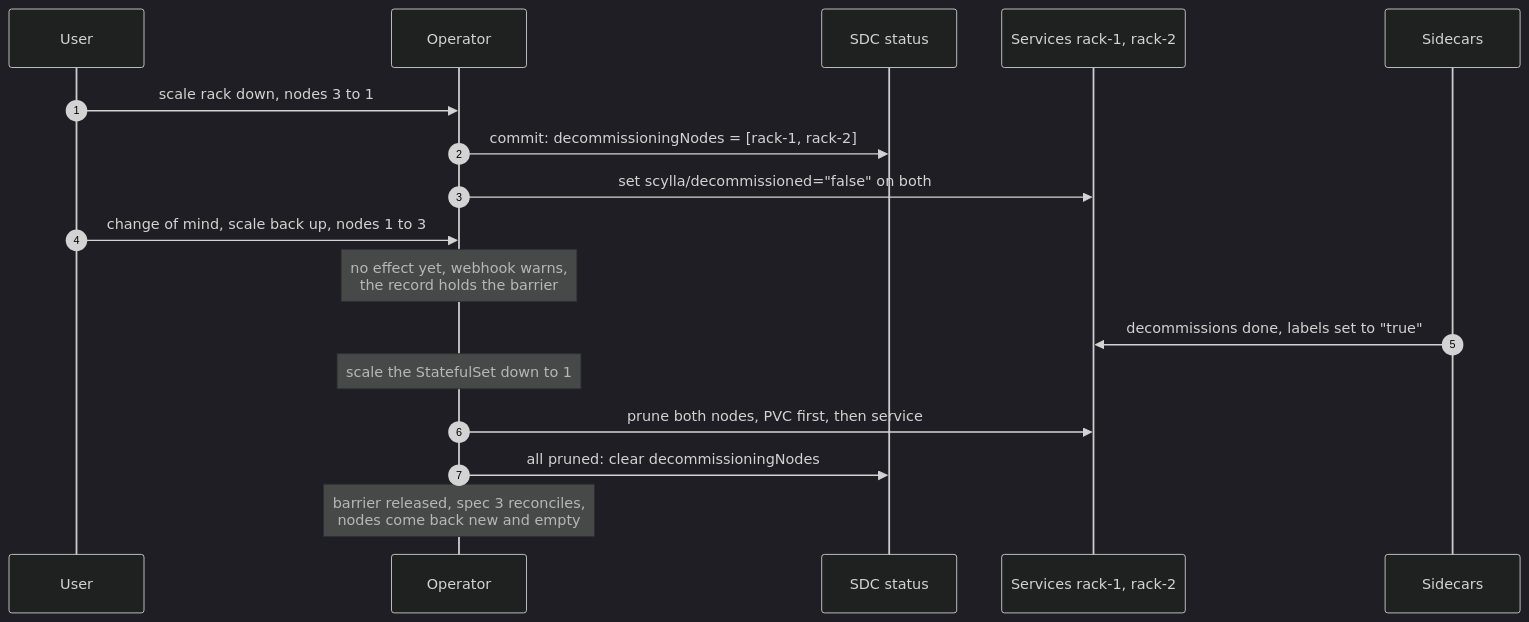
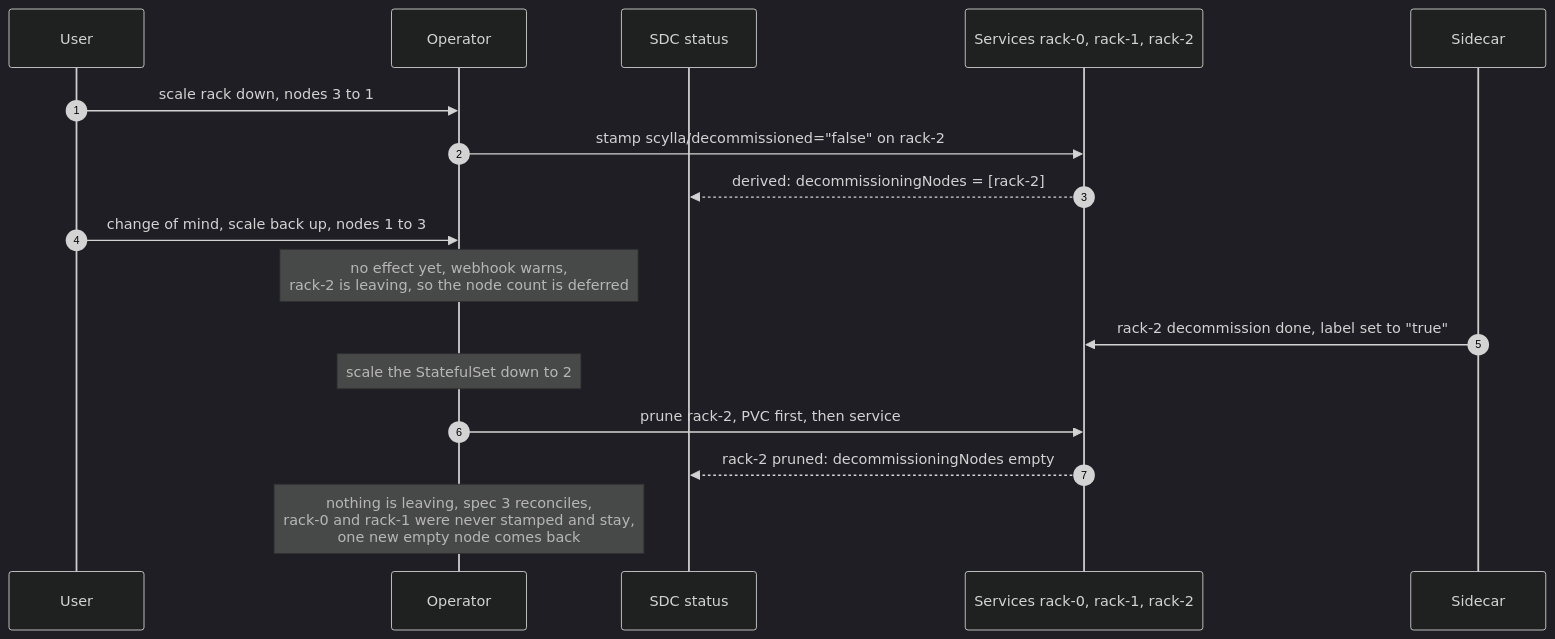
Before and after one commit to scylladb/scylla-operator: the second of 2 diagrams in enhancements/proposals/jira-327-node-count-changes-during-decommission/README.md, drawn with Mermaid (dark theme). The commit also changed other lines of this file, not shown here.

````diff
--- a/enhancements/proposals/jira-327-node-count-changes-during-decommission/README.md
+++ b/enhancements/proposals/jira-327-node-count-changes-during-decommission/README.md
@@ -78,20 +89,20 @@
 ```mermaid
 sequenceDiagram
     autonumber
     participant User
     participant Operator
     participant Status as SDC status
-    participant Svcs as Services rack-1, rack-2
-    participant Sidecars
+    participant Svcs as Services rack-0, rack-1, rack-2
+    participant Sidecar
 
     User->>Operator: scale rack down, nodes 3 to 1
-    Operator->>Status: commit: decommissioningNodes = [rack-1, rack-2]
-    Operator->>Svcs: set scylla/decommissioned="false" on both
+    Operator->>Svcs: stamp scylla/decommissioned="false" on rack-2
+    Svcs-->>Status: derived: decommissioningNodes = [rack-2]
     User->>Operator: change of mind, scale back up, nodes 1 to 3
-    Note over Operator: no effect yet, webhook warns,<br/>the record holds the barrier
-    Sidecars->>Svcs: decommissions done, labels set to "true"
-    Note over Operator: scale the StatefulSet down to 1
-    Operator->>Svcs: prune both nodes, PVC first, then service
-    Operator->>Status: all pruned: clear decommissioningNodes
-    Note over Operator: barrier released, spec 3 reconciles,<br/>nodes come back new and empty
+    Note over Operator: no effect yet, webhook warns,<br/>rack-2 is leaving, so the node count is deferred
+    Sidecar->>Svcs: rack-2 decommission done, label set to "true"
+    Note over Operator: scale the StatefulSet down to 2
+    Operator->>Svcs: prune rack-2, PVC first, then service
+    Svcs-->>Status: rack-2 pruned: decommissioningNodes empty
+    Note over Operator: nothing is leaving, spec 3 reconciles,<br/>rack-0 and rack-1 were never stamped and stay,<br/>one new empty node comes back
 ```
````
